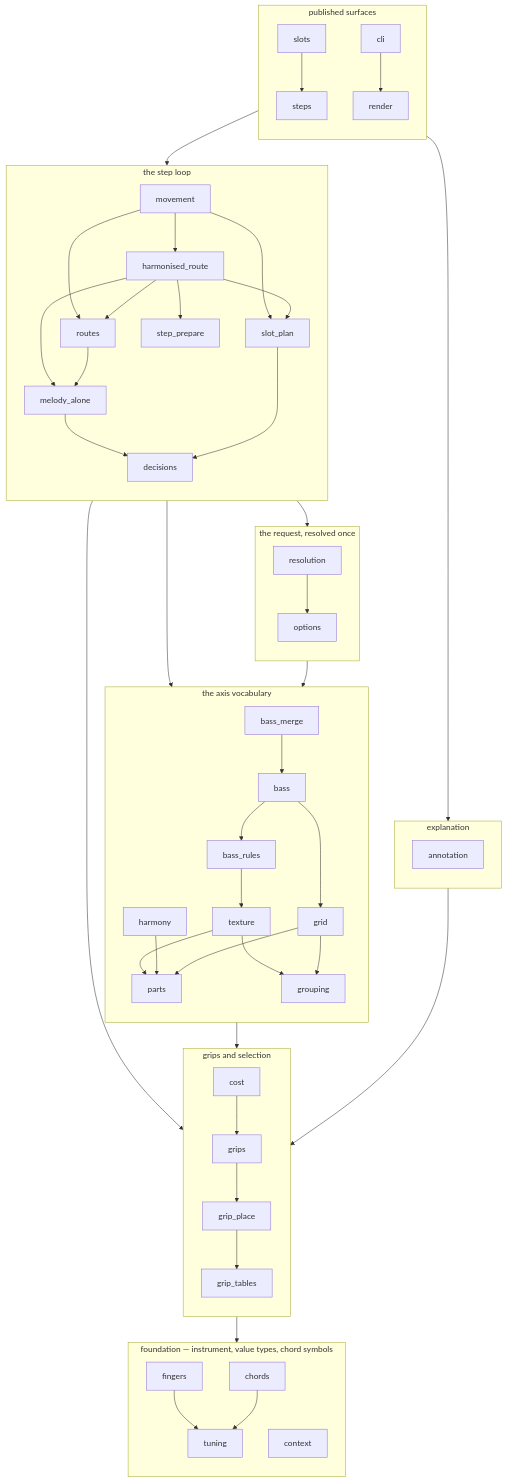
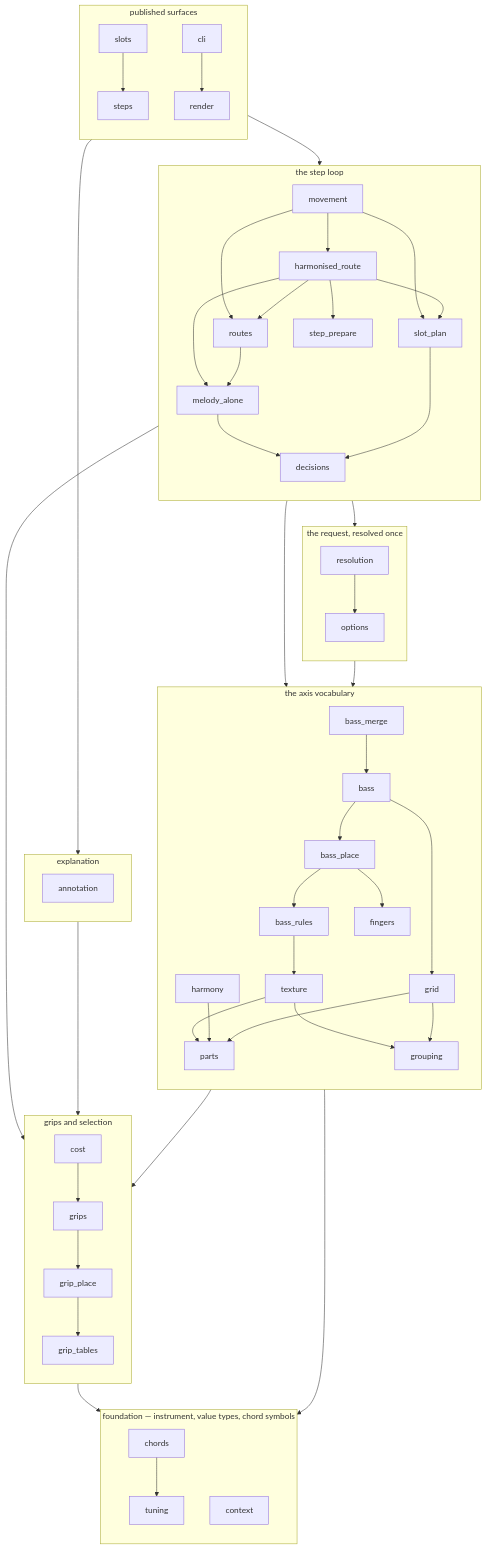
One commit to jcundill/arranger changed the first of 2 diagrams in docs/dependency-dag.md. Above: the diagram before and after it, drawn with Mermaid. The commit also changed 16 other files, not shown here.

```diff
--- a/docs/dependency-dag.md
+++ b/docs/dependency-dag.md
@@ -69,6 +69,7 @@
         direction TB
         bass_merge["bass_merge"]
         bass["bass"]
+        bass_place["bass_place"]
         bass_rules["bass_rules"]
         texture["texture"]
         harmony["harmony"]
@@ -76,7 +77,9 @@
         grid["grid"]
         parts["parts"]
         bass_merge --> bass
-        bass --> bass_rules
+        bass --> bass_place
+        bass_place --> bass_rules
+        bass_place --> fingers
         bass --> grid
         bass_rules --> texture
         texture --> parts
```
